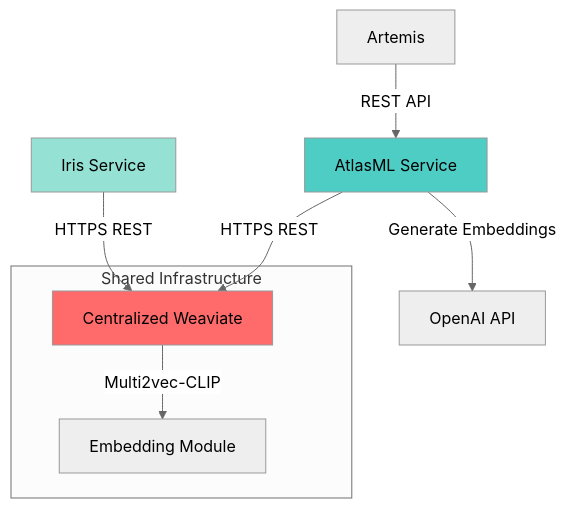
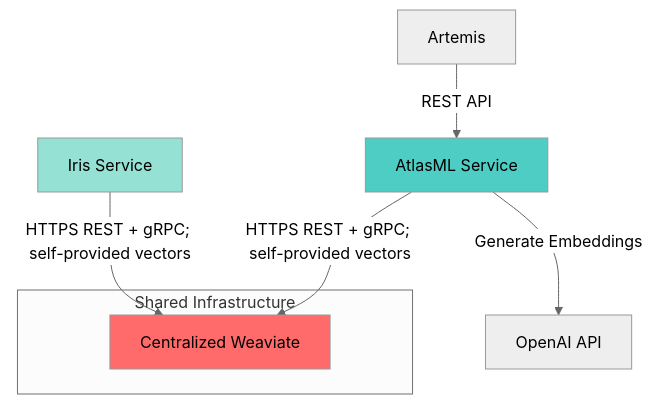
The diagram in atlas/docs/docs/admin/atlasml-overview.md (ls1intum/edutelligence), drawn with Mermaid (neutral theme) before and after one commit. The commit also changed other lines of this file and 17 other files, not shown here.

````diff
--- a/atlas/docs/docs/admin/atlasml-overview.md
+++ b/atlas/docs/docs/admin/atlasml-overview.md
@@ -51,18 +51,15 @@
 ```mermaid
 graph TB
     A[Artemis] -->|REST API| B[AtlasML Service]
-    B -->|HTTPS REST| C[Centralized Weaviate]
+    B -->|HTTPS REST + gRPC; self-provided vectors| C[Centralized Weaviate]
     B -->|Generate Embeddings| D[OpenAI API]
-    E[Iris Service] -->|HTTPS REST| C
-
-    C -->|Multi2vec-CLIP| F[Embedding Module]
+    E[Iris Service] -->|HTTPS REST + gRPC; self-provided vectors| C
 
     subgraph "Shared Infrastructure"
     C
-    F
     end
 
     style B fill:#4ECDC4
     style C fill:#FF6B6B
     style E fill:#95E1D3
 ```
````
